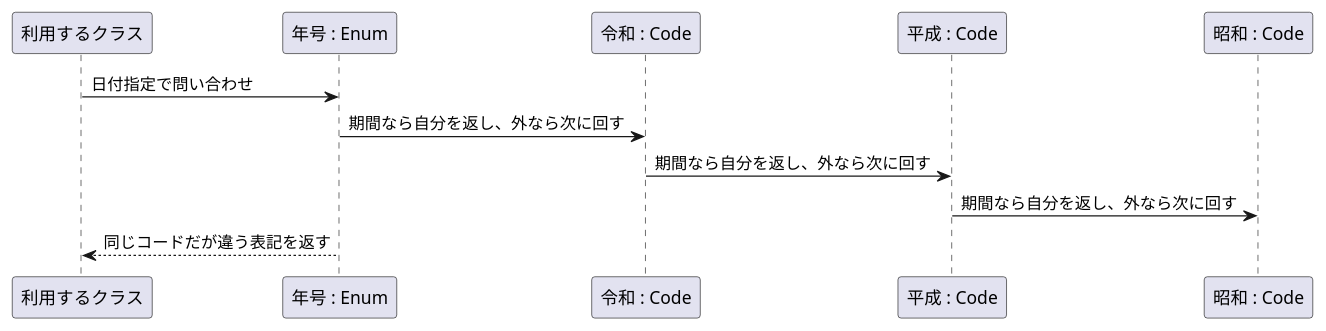
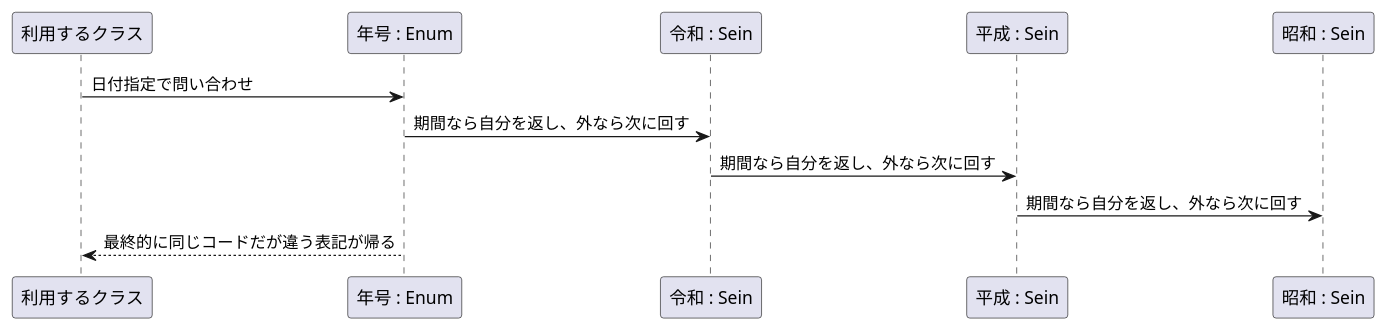
Before and after one commit to turanukimaru/fehs: the diagram in fehsbattlemodel/uml/codeSequence.puml, drawn with PlantUML. The commit also changed 7 other files, not shown here.

```diff
--- a/fehsbattlemodel/uml/codeSequence.puml
+++ b/fehsbattlemodel/uml/codeSequence.puml
@@ -1,16 +1,16 @@
 @startuml
 
 participant "利用するクラス" as others
 participant "年号 : Enum" as nengo
-participant "令和 : Code" as reiwa
-participant "平成 : Code" as heisei
-participant "昭和 : Code" as showa
+participant "令和 : Sein" as reiwa
+participant "平成 : Sein" as heisei
+participant "昭和 : Sein" as showa
 
 others -> nengo : 日付指定で問い合わせ
 nengo -> reiwa : 期間なら自分を返し、外なら次に回す
 reiwa -> heisei : 期間なら自分を返し、外なら次に回す
 heisei ->showa : 期間なら自分を返し、外なら次に回す
-nengo --> others : 同じコードだが違う表記を返す
+nengo --> others : 最終的に同じコードだが違う表記が帰る
 
 
 @enduml
```
